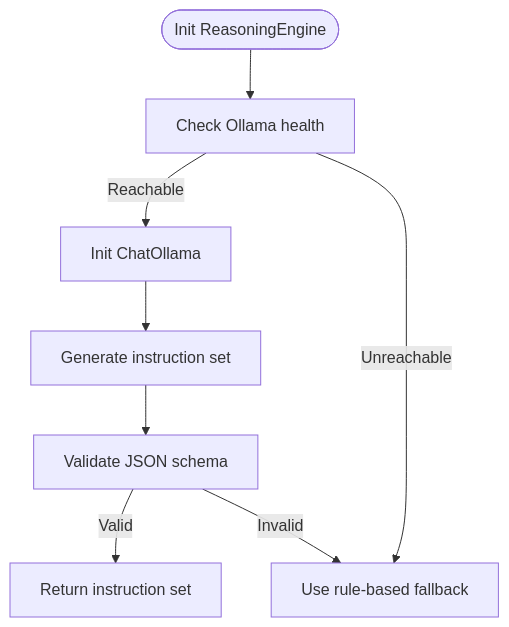
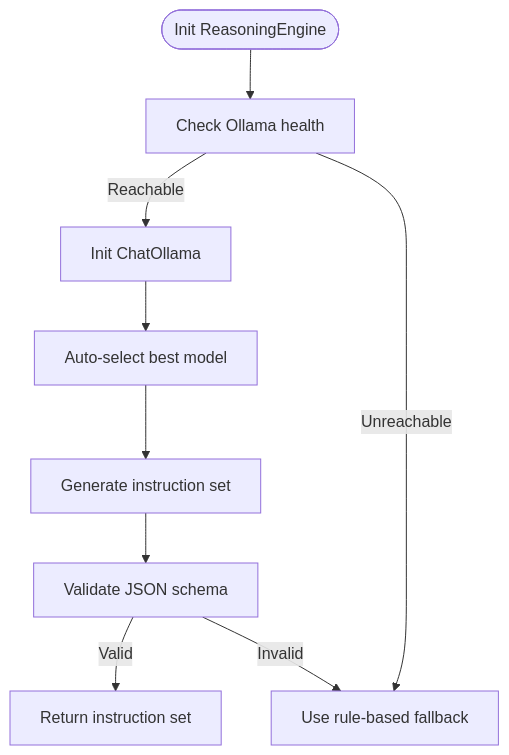
Before and after one commit to rohitkumarnaidu/-Auto-AI-Automated-Academic-Docx-Manuscript-Formatter: the seventh of 12 diagrams in .qoder/repowiki/en/content/AI_ML Integration/AI_ML Integration.md, drawn with Mermaid. The commit also changed other lines of this file and 6 other files, not shown here.

````diff
--- a/.qoder/repowiki/en/content/AI_ML Integration/AI_ML Integration.md
+++ b/.qoder/repowiki/en/content/AI_ML Integration/AI_ML Integration.md
@@ -169,10 +300,11 @@
 ```mermaid
 flowchart TD
 Start(["Init ReasoningEngine"]) --> CheckOllama["Check Ollama health"]
 CheckOllama --> |Reachable| InitOllama["Init ChatOllama"]
 CheckOllama --> |Unreachable| RuleFallback["Use rule-based fallback"]
-InitOllama --> Generate["Generate instruction set"]
+InitOllama --> AutoSelect["Auto-select best model"]
+AutoSelect --> Generate["Generate instruction set"]
 Generate --> Validate["Validate JSON schema"]
 Validate --> |Valid| Success["Return instruction set"]
 Validate --> |Invalid| RuleFallback
 ```
````
